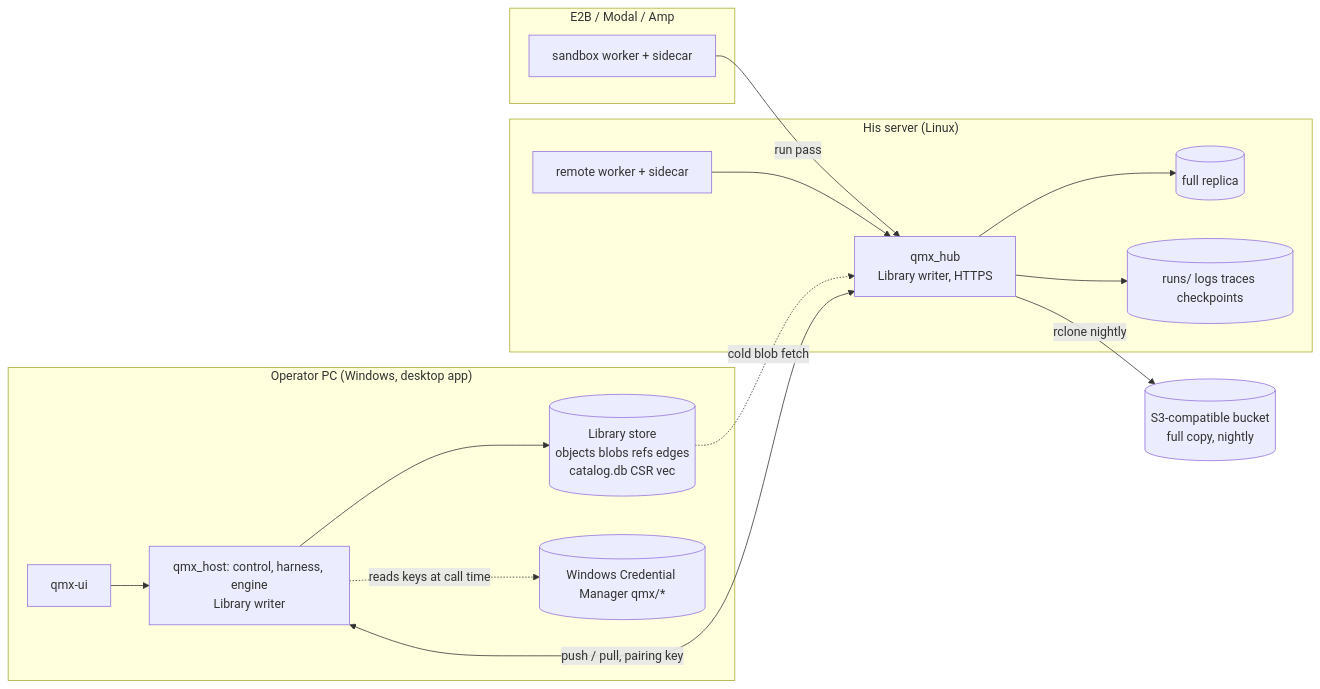
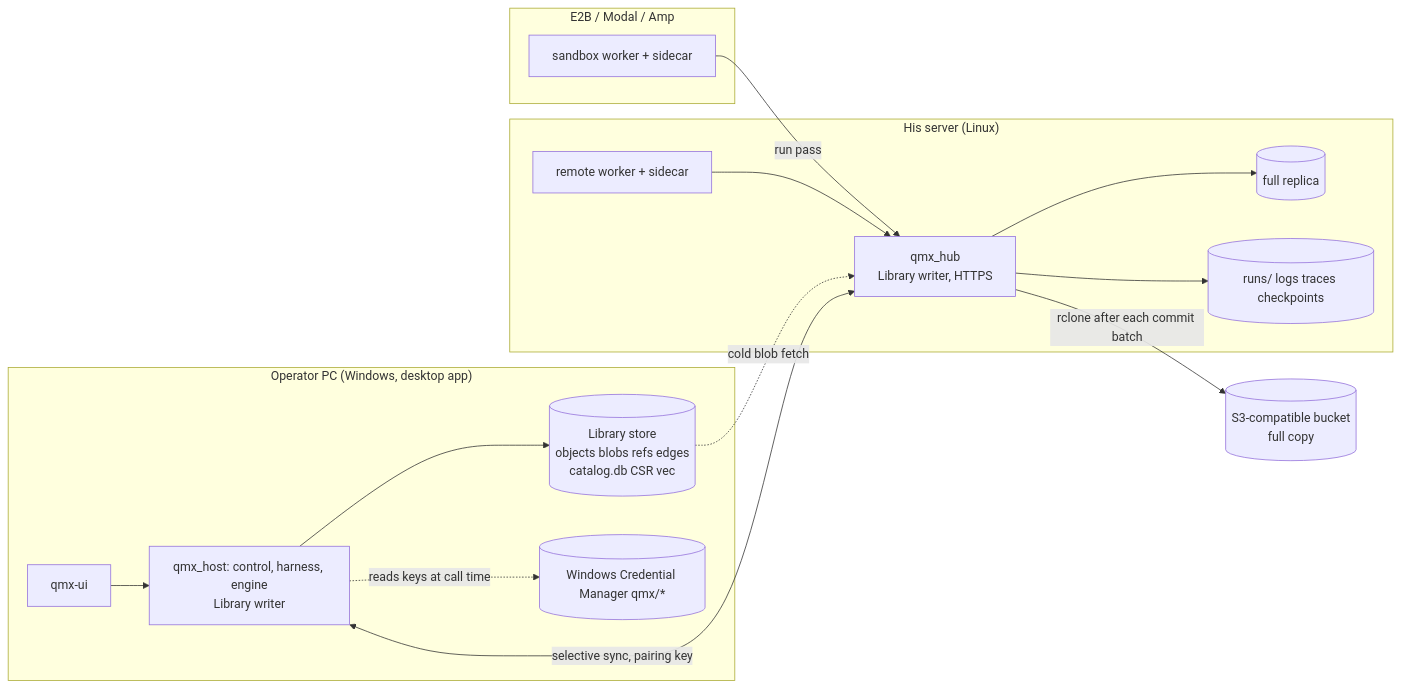
One commit to mubarakhimself-byte/QMX changed the second of 3 diagrams in tracker/qma-v2/architecture/library-and-data/ARCHITECTURE-SPINE.md. Above: the diagram before and after it, drawn with Mermaid. The commit also changed other lines of this file and 12 other files, not shown here.

````diff
--- a/tracker/qma-v2/architecture/library-and-data/ARCHITECTURE-SPINE.md
+++ b/tracker/qma-v2/architecture/library-and-data/ARCHITECTURE-SPINE.md
@@ -331,29 +333,29 @@
 ```mermaid
 graph LR
   subgraph PC["Operator PC (Windows, desktop app)"]
     UI[qmx-ui]
     CTRL[qmx_host: control, harness, engine<br/>Library writer]
     STORE1[(Library store<br/>objects blobs refs edges<br/>catalog.db CSR vec)]
     WCM[(Windows Credential Manager qmx/*)]
     CTRL --> STORE1
     UI --> CTRL
     CTRL -. reads keys at call time .-> WCM
   end
   subgraph SERVER["His server (Linux)"]
     HUB[qmx_hub<br/>Library writer, HTTPS]
     STORE2[(full replica)]
     RUNS[(runs/ logs traces checkpoints)]
     WORKER[remote worker + sidecar]
     HUB --> STORE2
     HUB --> RUNS
     WORKER --> HUB
   end
   subgraph CLOUD["E2B / Modal / Amp"]
     SB[sandbox worker + sidecar]
   end
-  BUCKET[(S3-compatible bucket<br/>full copy, nightly)]
-  CTRL <-->|push / pull, pairing key| HUB
+  BUCKET[(S3-compatible bucket<br/>full copy)]
+  CTRL <-->|selective sync, pairing key| HUB
   SB -->|run pass| HUB
-  HUB -->|rclone nightly| BUCKET
+  HUB -->|rclone after each commit batch| BUCKET
   STORE1 -. cold blob fetch .-> HUB
 ```
````
